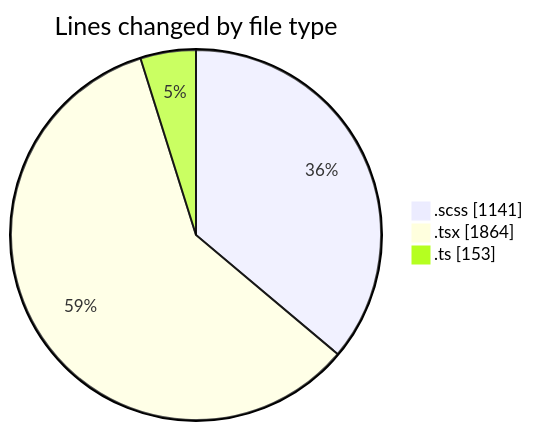
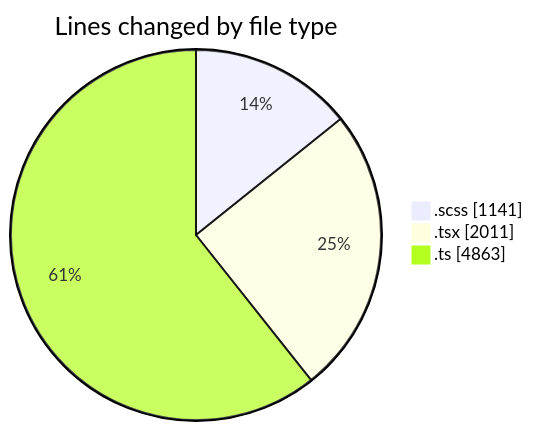
One commit to momahboobian/code-tracking changed the first of 2 diagrams in 2025-03-28/cda/README.md. Above: the diagram before and after it, drawn with Mermaid. The commit also changed other lines of this file and 1 other file, not shown here.

````diff
--- a/2025-03-28/cda/README.md
+++ b/2025-03-28/cda/README.md
@@ -29,7 +31,7 @@
 ```mermaid
 pie showData
 title Lines changed by file type
 ".scss" : 1141
-".tsx" : 1864
-".ts" : 153
+".tsx" : 2011
+".ts" : 4863
 ```
````
